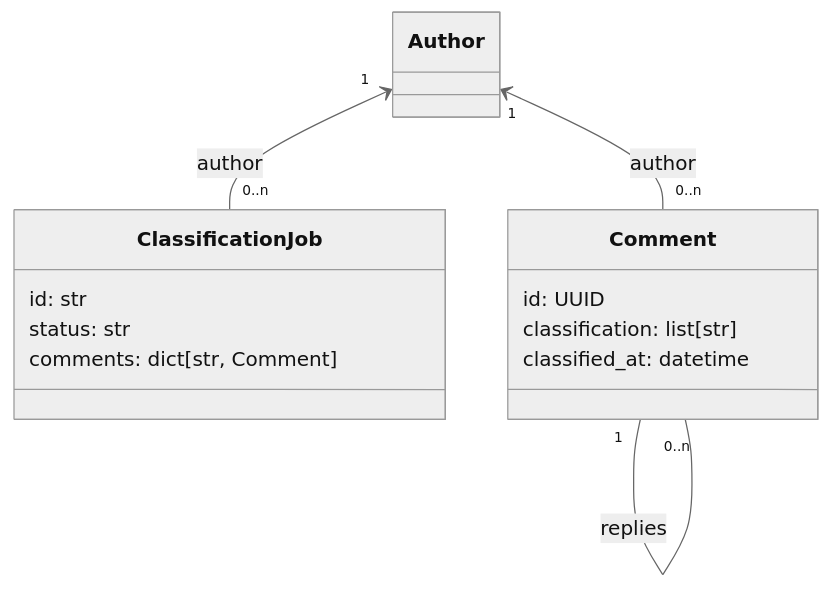
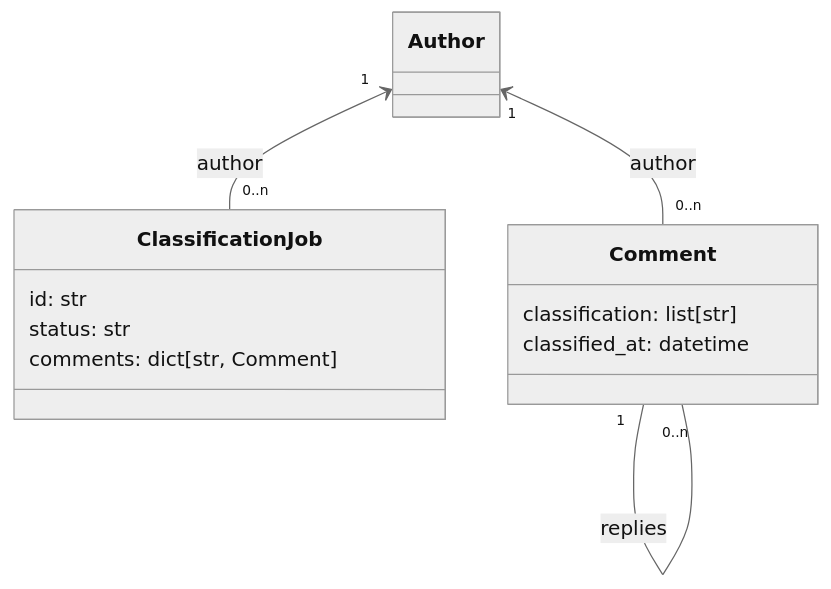
One commit to dataforgoodfr/14_BalanceTesHaters changed the third of 3 diagrams in docs/backend/api.md. Above: the diagram before and after it, drawn with Mermaid (neutral theme). The commit also changed other lines of this file, not shown here.

````diff
--- a/docs/backend/api.md
+++ b/docs/backend/api.md
@@ -90,17 +90,16 @@
 ```mermaid
 classDiagram
     class ClassificationJob {
         id: str
         status: str
         comments: dict[str, Comment]
     }
     Author "1" <-- "0..n" ClassificationJob : author
 
     class Comment {
-        id: UUID
         classification: list[str]
         classified_at: datetime
     }
     Author "1" <-- "0..n" Comment : author
     Comment "1" -- "0..n" Comment : replies
 ```
````
